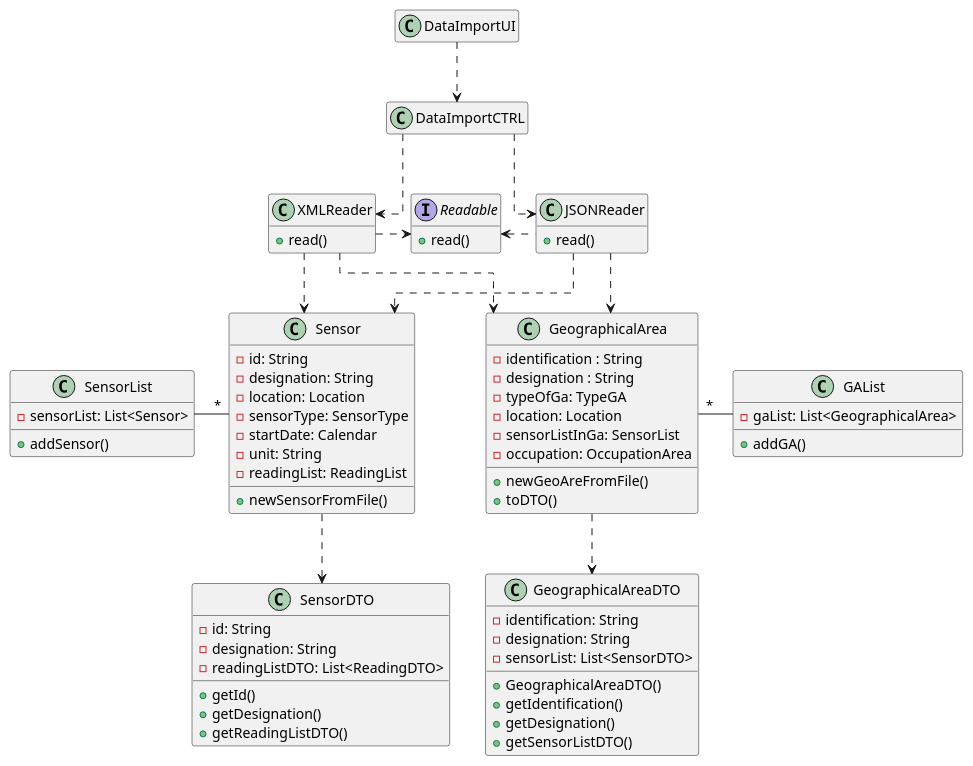
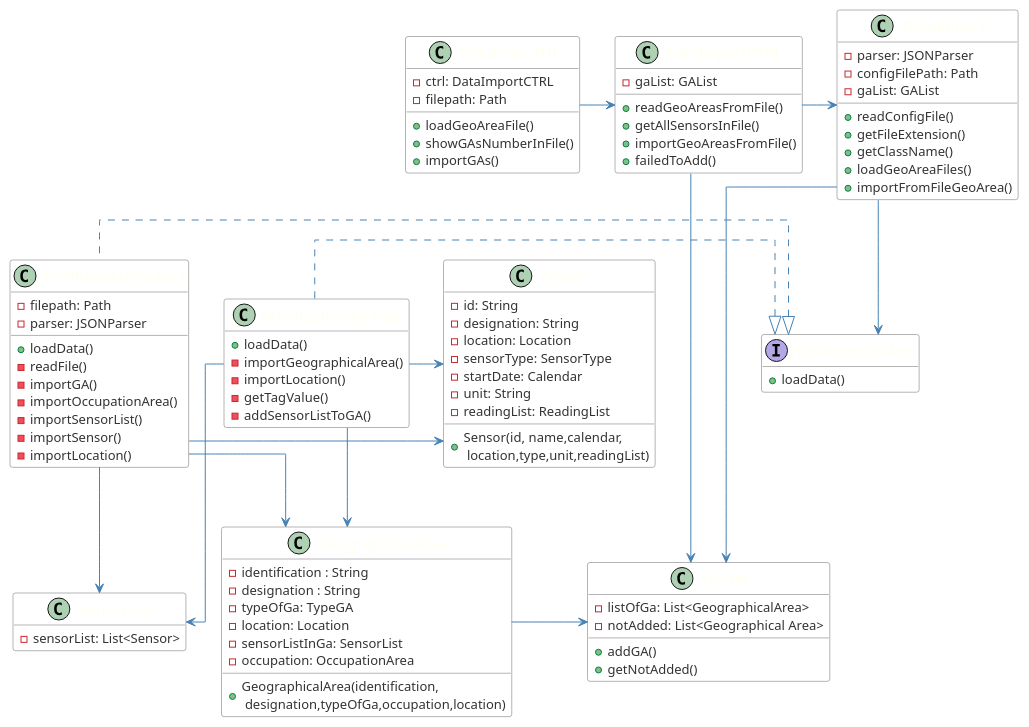
One commit to emanuel-pereira/hou changed the diagram in src/main/java/smarthome/controller/classDiagrams/cd_ImportGAsAndSensorsFromFile.puml. Above: the diagram before and after it, drawn with PlantUML. The commit also changed 11 other files, not shown here.

Commit message:
US015v2_DataImportCTRL and UI Refactoring and Update + Class Diagram_Ref#121

```diff
--- a/src/main/java/smarthome/controller/classDiagrams/cd_ImportGAsAndSensorsFromFile.puml
+++ b/src/main/java/smarthome/controller/classDiagrams/cd_ImportGAsAndSensorsFromFile.puml
@@ -1,100 +1,128 @@
 @startuml
 skinparam linetype ortho
 hide empty members
 
+skinparam class {
+	ArrowColor SteelBlue
+	BorderColor Dimgray
+	HeaderBackgroundColor SteelBlue
+	BackgroundColor White
+	FontName Calibri bold
+	AttributeFontColor #333
+	AttributeFontName Calibri
+	AttributeFontSize 13
+	FontColor Ivory
+	FontSize 15
+}
+
 class DataImportUI{
+- ctrl: DataImportCTRL
+- filepath: Path
 
++ loadGeoAreaFile()
++ showGAsNumberInFile()
++ importGAs()
 }
 
 class DataImportCTRL{
+- gaList: GAList
+
++ readGeoAreasFromFile()
++ getAllSensorsInFile()
++ importGeoAreasFromFile()
++ failedToAdd()
 }
 
+class DataImport{
+- parser: JSONParser
+- configFilePath: Path
+- gaList: GAList
 
-interface Readable {
-+ read()
++ readConfigFile()
++ getFileExtension()
++ getClassName()
++ loadGeoAreaFiles()
++ importFromFileGeoArea()
 }
 
-class JSONReader{
-+ read()
+interface FileReaderGeoArea {
++ loadData()
 }
 
-class XMLReader{
-+ read()
+class JSONReaderGeoArea{
+- filepath: Path
+- parser: JSONParser
+
++ loadData()
+- readFile()
+- importGA()
+- importOccupationArea()
+- importSensorList()
+- importSensor()
+- importLocation()
+}
+
+class XMLReaderGeoArea{
++ loadData()
+- importGeographicalArea()
+- importLocation()
+- getTagValue()
+- addSensorListToGA()
 }
 
  class GAList {
-- gaList: List<GeographicalArea>
+- listOfGa: List<GeographicalArea>
+- notAdded: List<Geographical Area>
+
 + addGA()
++ getNotAdded()
+
   }
 
 
 class GeographicalArea {
 - identification : String
 - designation : String
 - typeOfGa: TypeGA
 - location: Location
 - sensorListInGa: SensorList
 - occupation: OccupationArea
-+ newGeoAreFromFile()
-+ toDTO()
++ GeographicalArea(identification,\n designation,typeOfGa,occupation,location)
  }
 
- class GeographicalAreaDTO{
- - identification: String
- - designation: String
- - sensorList: List<SensorDTO>
- + GeographicalAreaDTO()
- + getIdentification()
- + getDesignation()
- + getSensorListDTO()
- }
 
  class SensorList{
  - sensorList: List<Sensor>
- + addSensor()
  }
 
  class Sensor {
- - id: String
- - designation: String
- - location: Location
- - sensorType: SensorType
- - startDate: Calendar
- - unit: String
- - readingList: ReadingList
- + newSensorFromFile()
- }
+   - id: String
+   - designation: String
+   - location: Location
+   - sensorType: SensorType
+   - startDate: Calendar
+   - unit: String
+   - readingList: ReadingList
+   + Sensor(id, name,calendar,\n location,type,unit,readingList)
+   }
 
- class SensorDTO{
- - id: String
- - designation: String
- - readingListDTO: List<ReadingDTO>
- + getId()
- + getDesignation()
- + getReadingListDTO()
- }
+DataImportUI -> DataImportCTRL
+DataImportCTRL -> DataImport
+DataImportCTRL -> GAList
 
-DataImportUI ..> DataImportCTRL
+DataImport --> GAList
+DataImport --> FileReaderGeoArea
+FileReaderGeoArea <|. JSONReaderGeoArea
+FileReaderGeoArea <|. XMLReaderGeoArea
 
-DataImportCTRL ..> JSONReader
-DataImportCTRL ..> XMLReader
+JSONReaderGeoArea --> GeographicalArea
+JSONReaderGeoArea --> SensorList
+JSONReaderGeoArea -> Sensor
 
-Readable <. JSONReader
-XMLReader .> Readable
+XMLReaderGeoArea -> GeographicalArea
+XMLReaderGeoArea -> SensorList
+XMLReaderGeoArea -> Sensor
 
-
-JSONReader ..> GeographicalArea
-XMLReader ..> GeographicalArea
-
-XMLReader ..> Sensor
-JSONReader ..> Sensor
-
-
-GeographicalArea ..> GeographicalAreaDTO
-GeographicalArea"*" - GAList
-
-Sensor ..> SensorDTO
-SensorList - "*"Sensor
-
+GeographicalArea -> GAList
 
 @enduml
```
